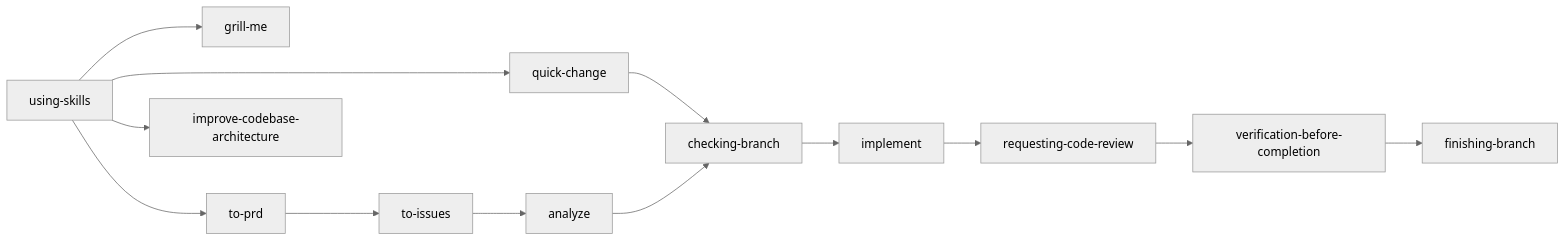
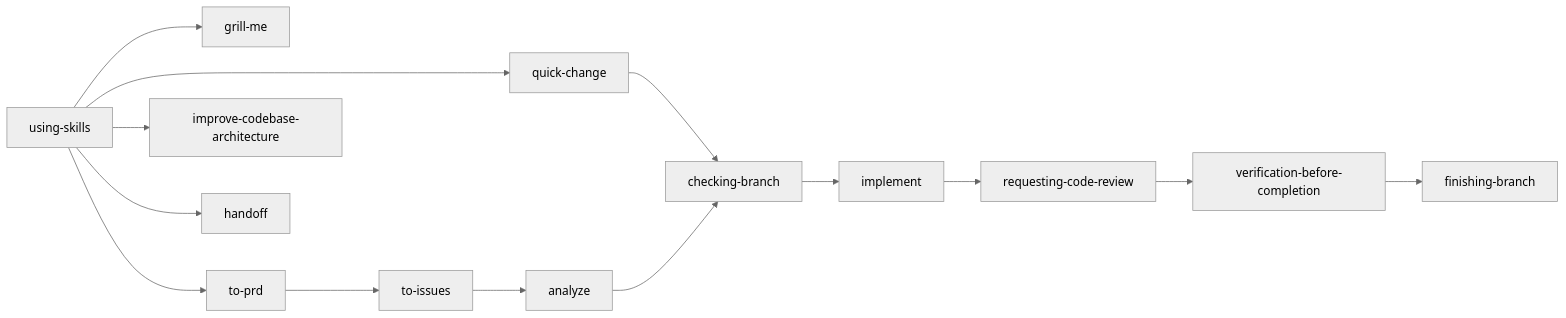
Before and after one commit to fjxyyzg3/Skills: the diagram in README.md, drawn with Mermaid (neutral theme). The commit also changed other lines of this file and 3 other files, not shown here.

````diff
--- a/README.md
+++ b/README.md
@@ -7,15 +7,16 @@
 ```mermaid
 flowchart LR
   Router["using-skills"] --> Grill["grill-me"]
   Router --> Quick["quick-change"]
   Router --> PRD["to-prd"]
   Router --> Architecture["improve-codebase-architecture"]
+  Router --> Handoff["handoff"]
   Quick --> Branch
   PRD --> Issues["to-issues"]
   Issues --> Analyze["analyze"]
   Analyze --> Branch["checking-branch"]
   Branch --> Implement["implement"]
   Implement --> Review["requesting-code-review"]
   Review --> Verify["verification-before-completion"]
   Verify --> Finish["finishing-branch"]
 ```
````
